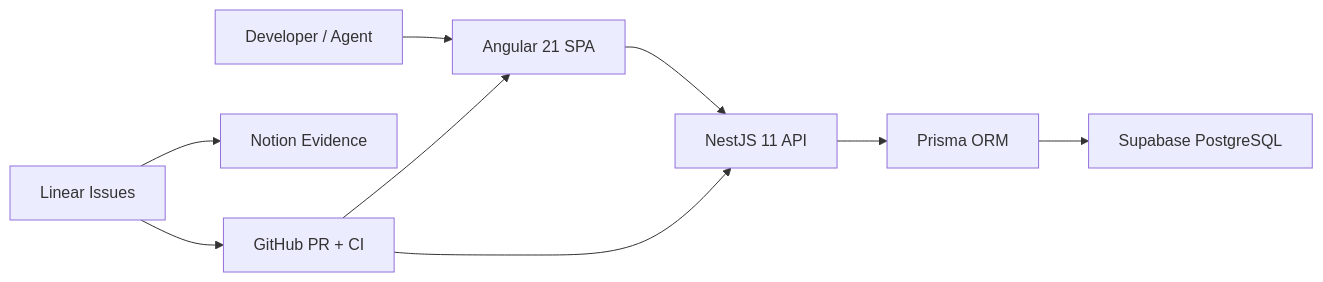
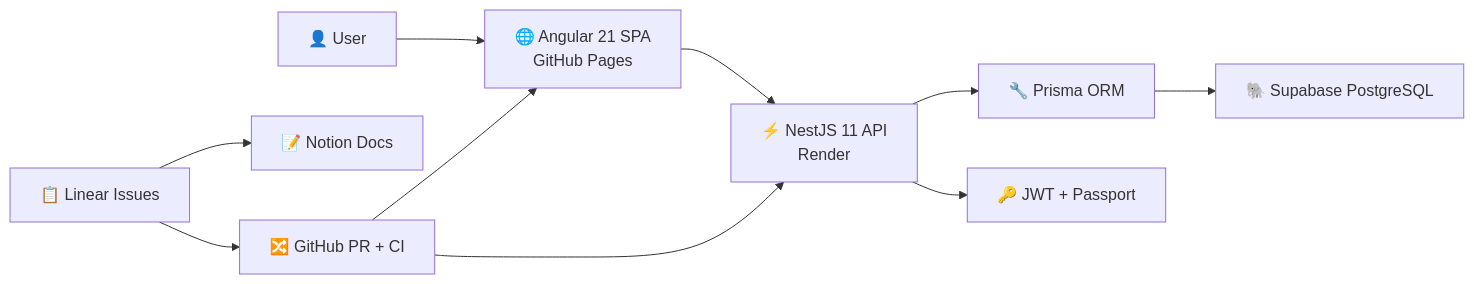
Before and after one commit to RidelHI/ia-pm-development: the first of 5 diagrams in README.md, drawn with Mermaid. The commit also changed other lines of this file, not shown here.

````diff
--- a/README.md
+++ b/README.md
@@ -26,11 +26,12 @@
 ```mermaid
 flowchart LR
-  U["Developer / Agent"] --> W["Angular 21 SPA"]
-  W --> A["NestJS 11 API"]
-  A --> P["Prisma ORM"]
-  P --> D["Supabase PostgreSQL"]
-  L["Linear Issues"] --> N["Notion Evidence"]
-  L --> PR["GitHub PR + CI"]
+  U["👤 User"] --> W["🌐 Angular 21 SPA<br>GitHub Pages"]
+  W --> A["⚡ NestJS 11 API<br>Render"]
+  A --> P["🔧 Prisma ORM"]
+  P --> D["🐘 Supabase PostgreSQL"]
+  A --> J["🔑 JWT + Passport"]
+  L["📋 Linear Issues"] --> N["📝 Notion Docs"]
+  L --> PR["🔀 GitHub PR + CI"]
   PR --> W
   PR --> A
 ```
````
